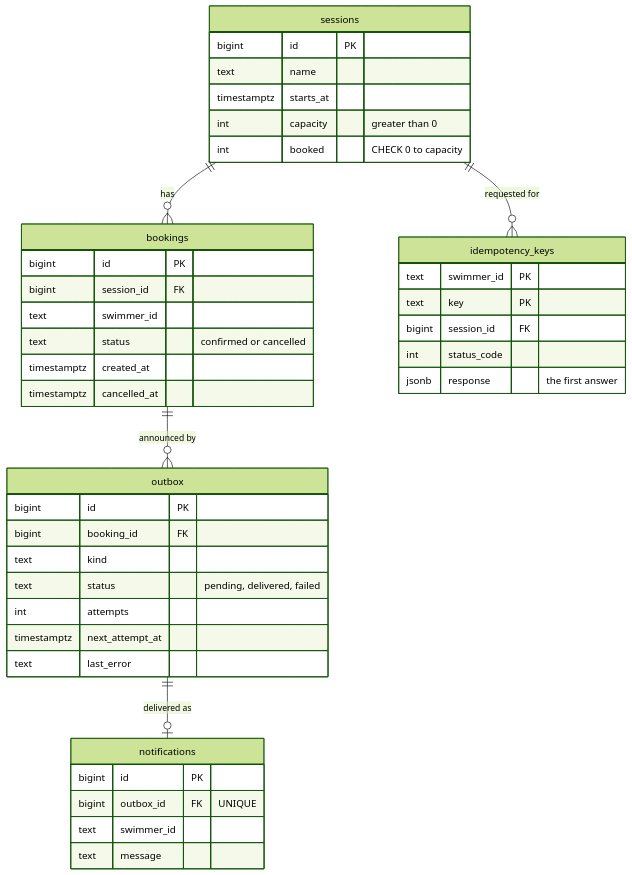
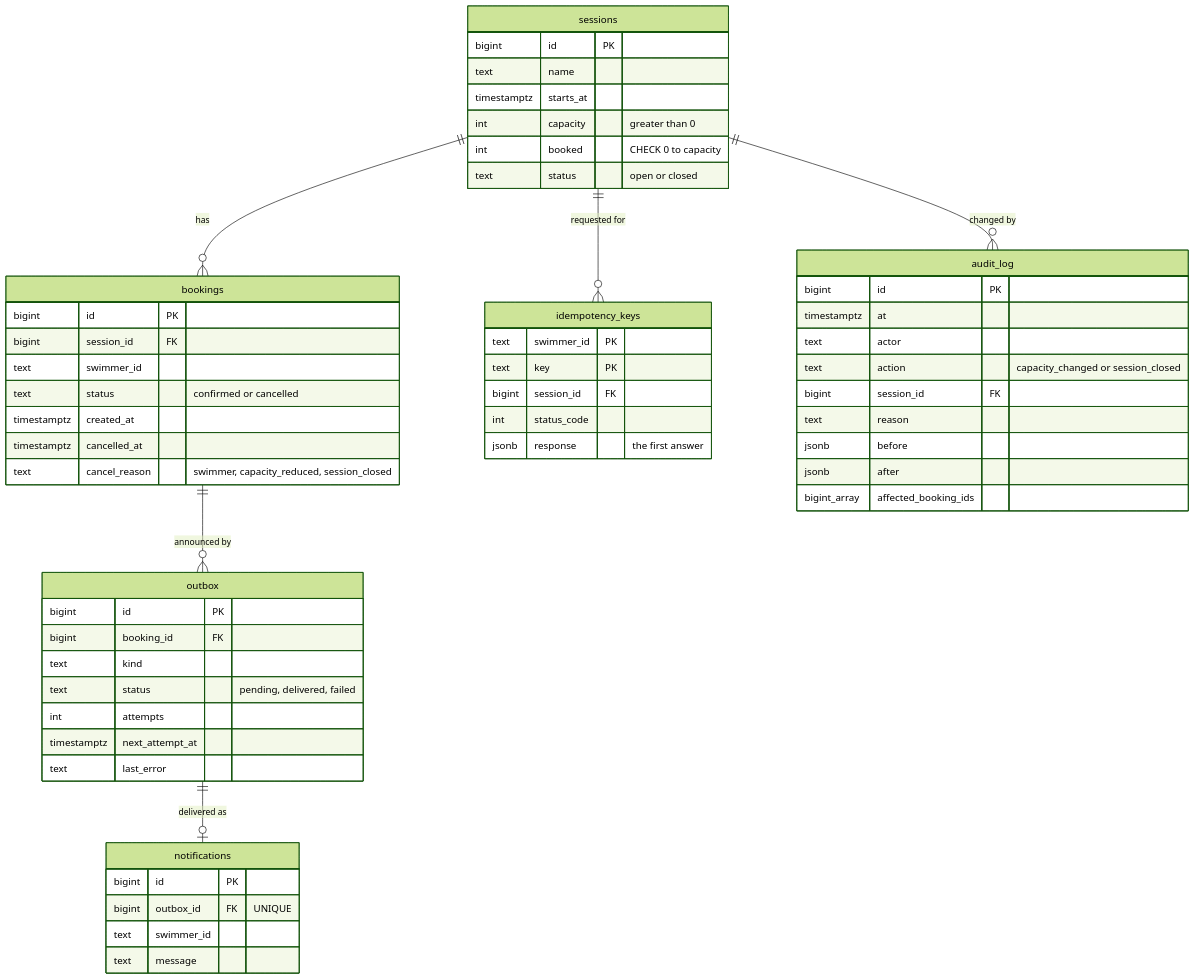
The fourth of 19 diagrams in docs/architecture.md (ashutosharma2/SwimSync), drawn with Mermaid (forest theme) before and after one commit. The commit also changed other lines of this file and 1 other file, not shown here.

First line of the commit message:
Docs: operator capacity changes in the README and a new architecture section; drill B and the frontend drawn as built

````diff
--- a/docs/architecture.md
+++ b/docs/architecture.md
@@ -109,45 +115,59 @@
 ```mermaid
 erDiagram
     sessions ||--o{ bookings : "has"
     sessions ||--o{ idempotency_keys : "requested for"
+    sessions ||--o{ audit_log : "changed by"
     bookings ||--o{ outbox : "announced by"
     outbox ||--o| notifications : "delivered as"
 
     sessions {
         bigint id PK
         text name
         timestamptz starts_at
         int capacity "greater than 0"
         int booked "CHECK 0 to capacity"
+        text status "open or closed"
     }
     bookings {
         bigint id PK
         bigint session_id FK
         text swimmer_id
         text status "confirmed or cancelled"
         timestamptz created_at
         timestamptz cancelled_at
+        text cancel_reason "swimmer, capacity_reduced, session_closed"
+    }
+    audit_log {
+        bigint id PK
+        timestamptz at
+        text actor
+        text action "capacity_changed or session_closed"
+        bigint session_id FK
+        text reason
+        jsonb before
+        jsonb after
+        bigint_array affected_booking_ids
     }
     idempotency_keys {
         text swimmer_id PK
         text key PK
         bigint session_id FK
         int status_code
         jsonb response "the first answer"
     }
     outbox {
         bigint id PK
         bigint booking_id FK
         text kind
         text status "pending, delivered, failed"
         int attempts
         timestamptz next_attempt_at
         text last_error
     }
     notifications {
         bigint id PK
         bigint outbox_id FK "UNIQUE"
         text swimmer_id
         text message
     }
 ```
````
